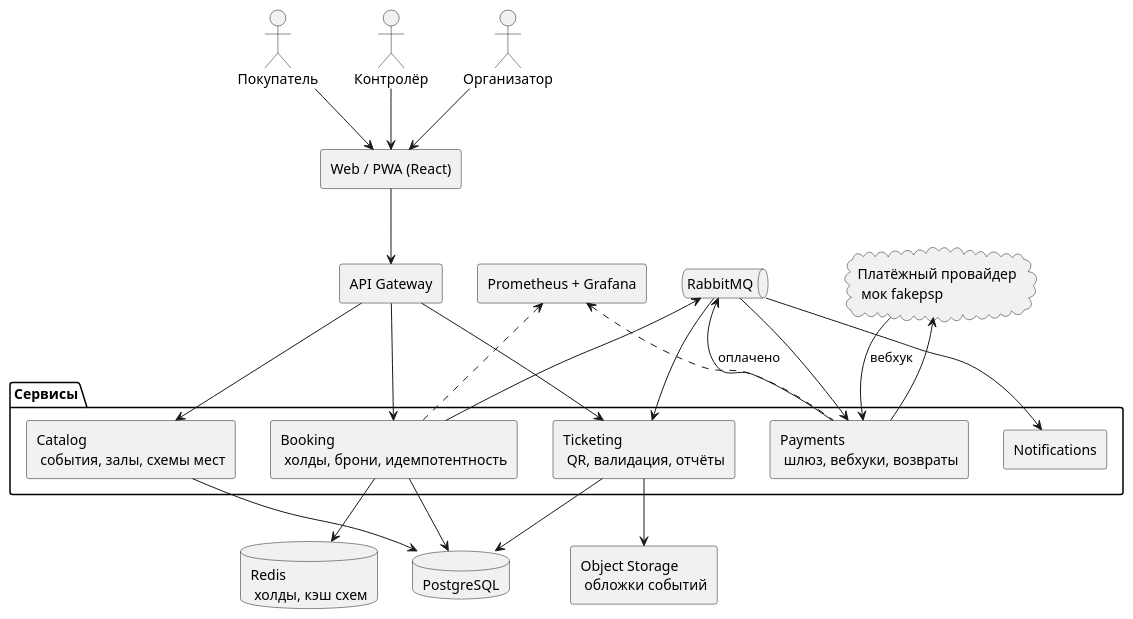
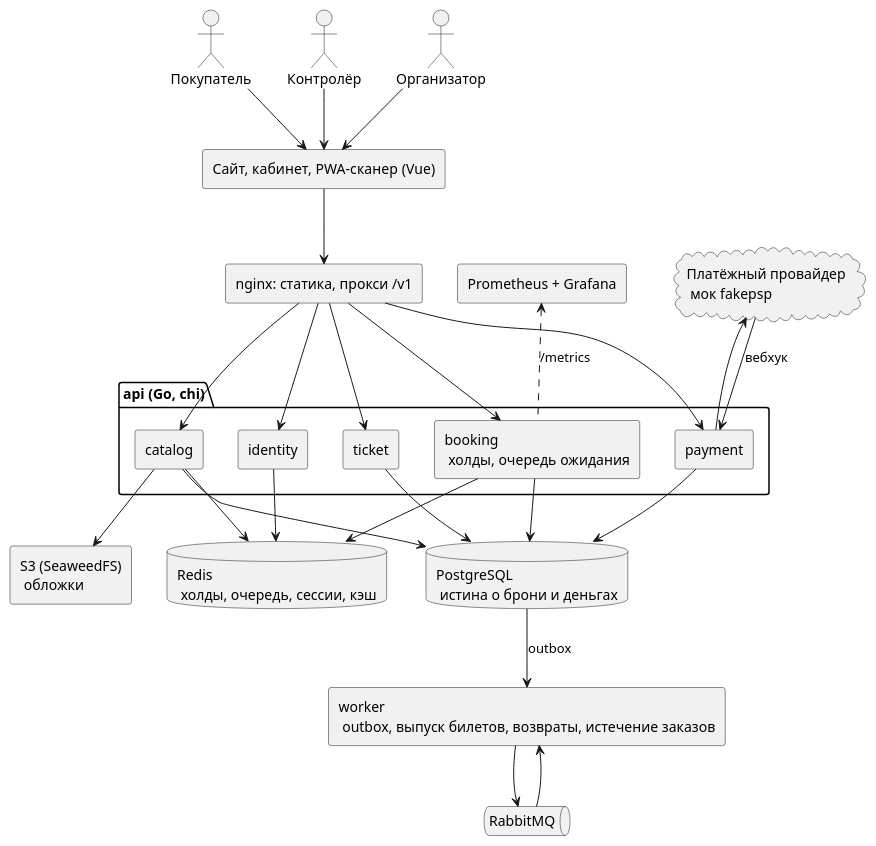
Before and after one commit to funster-a/dd: the diagram in docs/spec.md, drawn with PlantUML. The commit also changed other lines of this file and 1 other file, not shown here.

Commit message:
docs: both segments and big venues, roadmap and ADR 021
Claude-Session: https://claude.ai/code/session_01G6Artzpr7bcnkUftwxLCYd

````diff
--- a/docs/spec.md
+++ b/docs/spec.md
@@ -45,46 +52,49 @@
 ```plantuml
 @startuml
 skinparam componentStyle rectangle
 actor Покупатель as U
 actor Контролёр as C
 actor Организатор as O
 
-[Web / PWA (React)] as WEB
-[API Gateway] as GW
-package "Сервисы" {
-  [Catalog\n события, залы, схемы мест] as CAT
-  [Booking\n холды, брони, идемпотентность] as BOOK
-  [Payments\n шлюз, вебхуки, возвраты] as PAY
-  [Ticketing\n QR, валидация, отчёты] as TICK
-  [Notifications] as NOTIF
+[Сайт, кабинет, PWA-сканер (Vue)] as WEB
+[nginx: статика, прокси /v1] as NGX
+package "api (Go, chi)" {
+  [catalog] as CAT
+  [booking\n холды, очередь ожидания] as BOOK
+  [payment] as PAY
+  [ticket] as TICK
+  [identity] as ID
 }
-database "PostgreSQL" as PG
-database "Redis\n холды, кэш схем" as RD
+[worker\n outbox, выпуск билетов, возвраты, истечение заказов] as WRK
+database "PostgreSQL\n истина о брони и деньгах" as PG
+database "Redis\n холды, очередь, сессии, кэш" as RD
 queue "RabbitMQ" as MQ
-[Object Storage\n обложки событий] as S3
+[S3 (SeaweedFS)\n обложки] as S3
 [Prometheus + Grafana] as OBS
 cloud "Платёжный провайдер\n мок fakepsp" as PSP
 
 U --> WEB
 C --> WEB
 O --> WEB
-WEB --> GW
-GW --> CAT
-GW --> BOOK
-GW --> TICK
+WEB --> NGX
+NGX --> CAT
+NGX --> BOOK
+NGX --> PAY
+NGX --> TICK
+NGX --> ID
 BOOK --> RD
+ID --> RD
+CAT --> RD
+CAT --> PG
 BOOK --> PG
-BOOK --> MQ
-MQ --> PAY
-MQ --> NOTIF
+PAY --> PG
+TICK --> PG
 PAY --> PSP
 PSP --> PAY : вебхук
-PAY --> MQ : оплачено
-MQ --> TICK
-TICK --> S3
-TICK --> PG
-CAT --> PG
-OBS <.. BOOK
-OBS <.. PAY
+PG --> WRK : outbox
+WRK --> MQ
+MQ --> WRK
+CAT --> S3
+OBS <.. BOOK : /metrics
 @enduml
 ```
````
